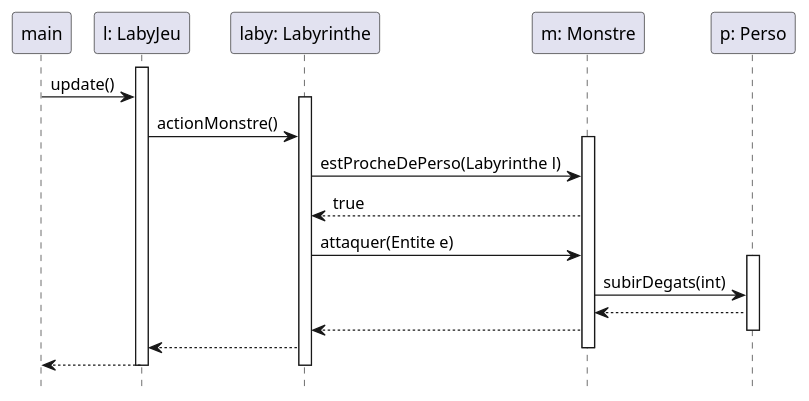
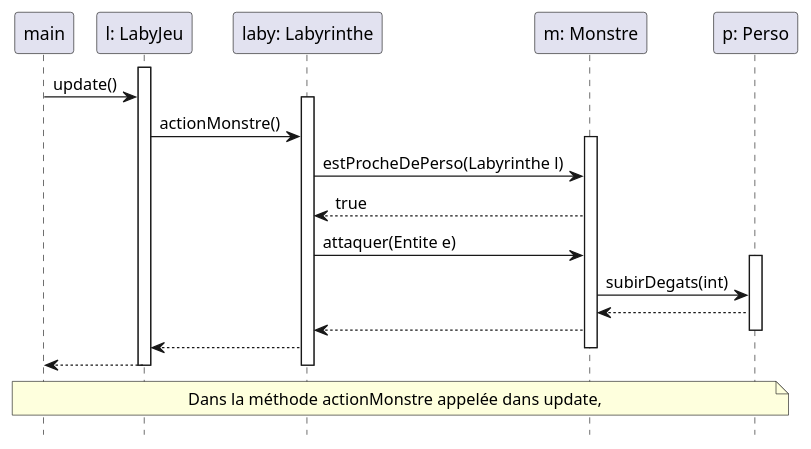
Before and after one commit to Erwanquilliou/2024_Zeldiablo_quilliou2u_leveque58u: the diagram in zeldiablo/documents/version_2/diagseq_attaquePersoProche.puml, drawn with PlantUML. The commit also changed 1 other file, not shown here.

```diff
--- a/zeldiablo/documents/version_2/diagseq_attaquePersoProche.puml
+++ b/zeldiablo/documents/version_2/diagseq_attaquePersoProche.puml
@@ -1,34 +1,38 @@
 @startuml
 hide footbox
 
 participant "main" as m
 participant "l: LabyJeu" as lj
 participant "laby: Labyrinthe" as lb
 participant "m: Monstre" as ms
 participant "p: Perso" as p
 activate lj
 m -> lj : update()
 
 activate lb
 lj -> lb : actionMonstre()
 activate ms
 lb -> ms : estProcheDePerso(Labyrinthe l)
 ms --> lb : true
 
 
 lb -> ms : attaquer(Entite e)
 activate p
 ms -> p : subirDegats(int)
 
 p --> ms
 
 ms --> lb
 deactivate p
 
 lb --> lj
 deactivate ms
 
 lj --> m
 deactivate lb
 deactivate lj
+
+note across
+Dans la méthode actionMonstre appelée dans update,
+end note
 @enduml
```
